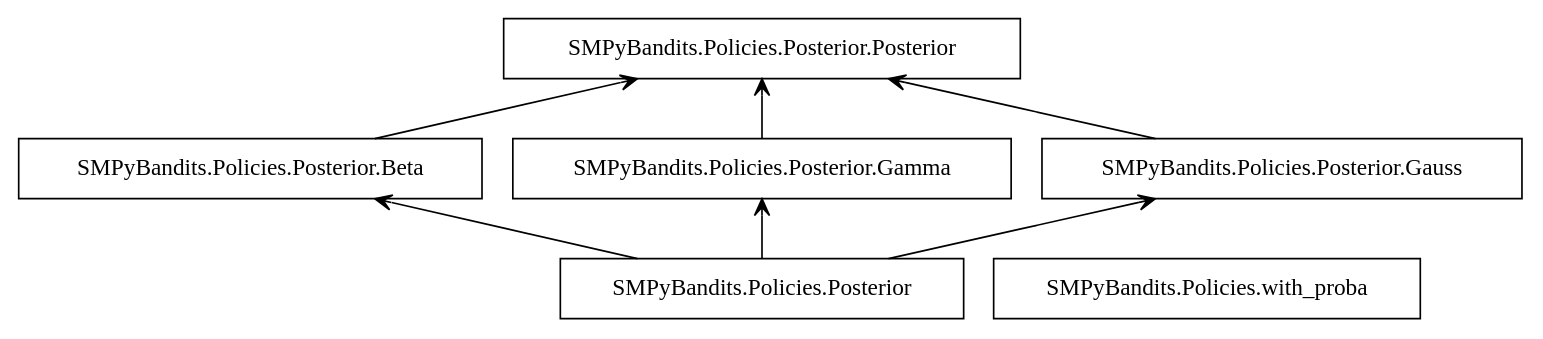
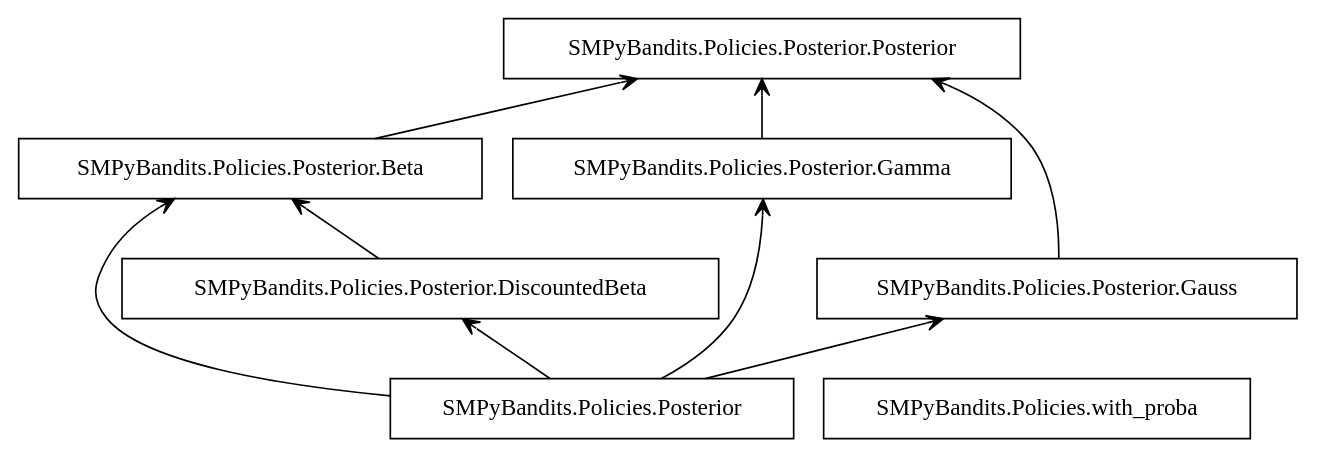
The diagram in uml_diagrams/packages_SMPyBandits.Policies.Posterior.dot (SMPyBandits/SMPyBandits), drawn with Graphviz before and after one commit. The commit also changed 28 other files, not shown here.

Commit message:
Updated UML and docs.

```diff
--- a/uml_diagrams/packages_SMPyBandits.Policies.Posterior.dot
+++ b/uml_diagrams/packages_SMPyBandits.Policies.Posterior.dot
@@ -1,16 +1,19 @@
 digraph "packages_SMPyBandits.Policies.Posterior" {
 charset="utf-8"
 rankdir=BT
 "0" [label="SMPyBandits.Policies.Posterior", shape="box"];
 "1" [label="SMPyBandits.Policies.Posterior.Beta", shape="box"];
-"2" [label="SMPyBandits.Policies.Posterior.Gamma", shape="box"];
-"3" [label="SMPyBandits.Policies.Posterior.Gauss", shape="box"];
-"4" [label="SMPyBandits.Policies.Posterior.Posterior", shape="box"];
-"5" [label="SMPyBandits.Policies.with_proba", shape="box"];
+"2" [label="SMPyBandits.Policies.Posterior.DiscountedBeta", shape="box"];
+"3" [label="SMPyBandits.Policies.Posterior.Gamma", shape="box"];
+"4" [label="SMPyBandits.Policies.Posterior.Gauss", shape="box"];
+"5" [label="SMPyBandits.Policies.Posterior.Posterior", shape="box"];
+"6" [label="SMPyBandits.Policies.with_proba", shape="box"];
 "0" -> "1" [arrowhead="open", arrowtail="none"];
 "0" -> "2" [arrowhead="open", arrowtail="none"];
 "0" -> "3" [arrowhead="open", arrowtail="none"];
-"1" -> "4" [arrowhead="open", arrowtail="none"];
-"2" -> "4" [arrowhead="open", arrowtail="none"];
-"3" -> "4" [arrowhead="open", arrowtail="none"];
+"0" -> "4" [arrowhead="open", arrowtail="none"];
+"1" -> "5" [arrowhead="open", arrowtail="none"];
+"2" -> "1" [arrowhead="open", arrowtail="none"];
+"3" -> "5" [arrowhead="open", arrowtail="none"];
+"4" -> "5" [arrowhead="open", arrowtail="none"];
 }
```
